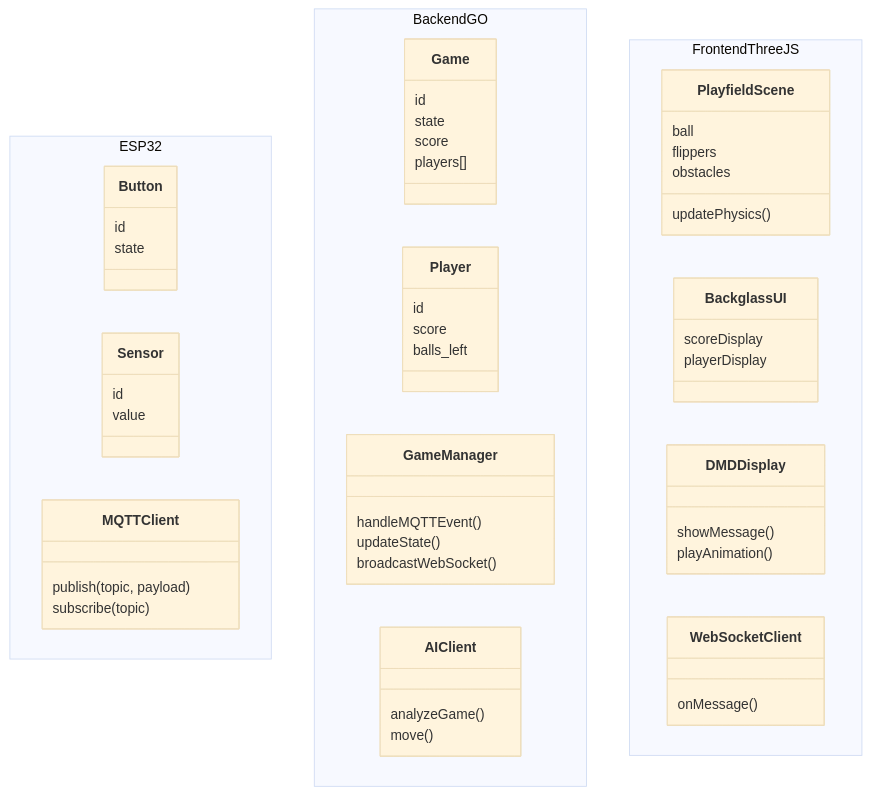
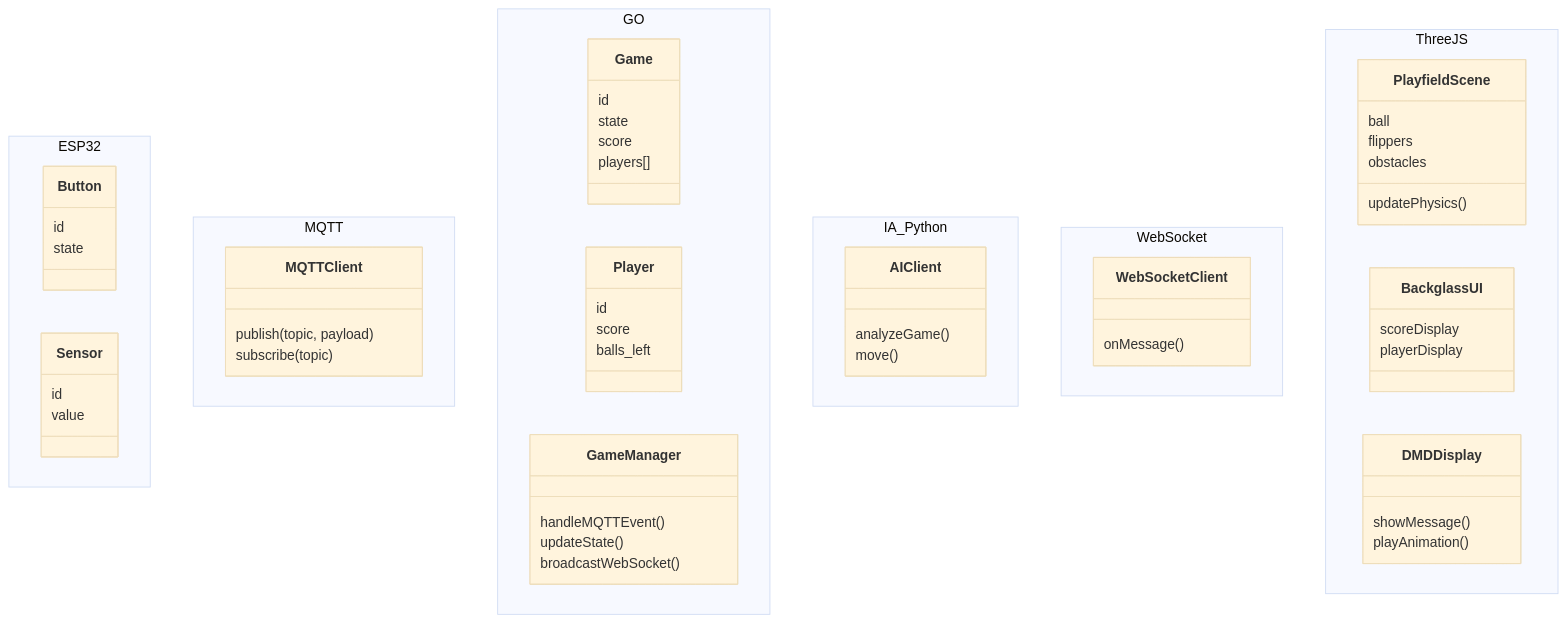
The diagram in doc/diagrammes/classe.md (AkaTFL/Flipper), drawn with Mermaid (base theme) before and after one commit. The commit also changed 1 other file, not shown here.

Commit message:
corrections des diagrammes UML

````diff
--- a/doc/diagrammes/classe.md
+++ b/doc/diagrammes/classe.md
@@ -1,60 +1,69 @@
 ```mermaid
 classDiagram
   namespace ESP32 {
     class Button {
       id
       state
     }
     class Sensor {
       id
       value
     }
+  }
+
+  namespace MQTT {
     class MQTTClient {
       publish(topic, payload)
       subscribe(topic)
     }
   }
 
-  namespace BackendGO {
+  namespace GO {
     class Game {
       id
       state
       score
       players[]
     }
     class Player {
       id
       score
       balls_left
     }
     class GameManager {
       handleMQTTEvent()
       updateState()
       broadcastWebSocket()
     }
+  }
+
+  namespace IA_Python {
     class AIClient {
       analyzeGame()
       move()
     }
   }
 
-  namespace FrontendThreeJS {
+  namespace WebSocket {
+    class WebSocketClient {
+      onMessage()
+    }
+  }
+
+  namespace ThreeJS {
     class PlayfieldScene {
       ball
       flippers
       obstacles
       updatePhysics()
     }
     class BackglassUI {
       scoreDisplay
       playerDisplay
     }
     class DMDDisplay {
       showMessage()
       playAnimation()
     }
-    class WebSocketClient {
-      onMessage()
-    }
   }
 ```
````
